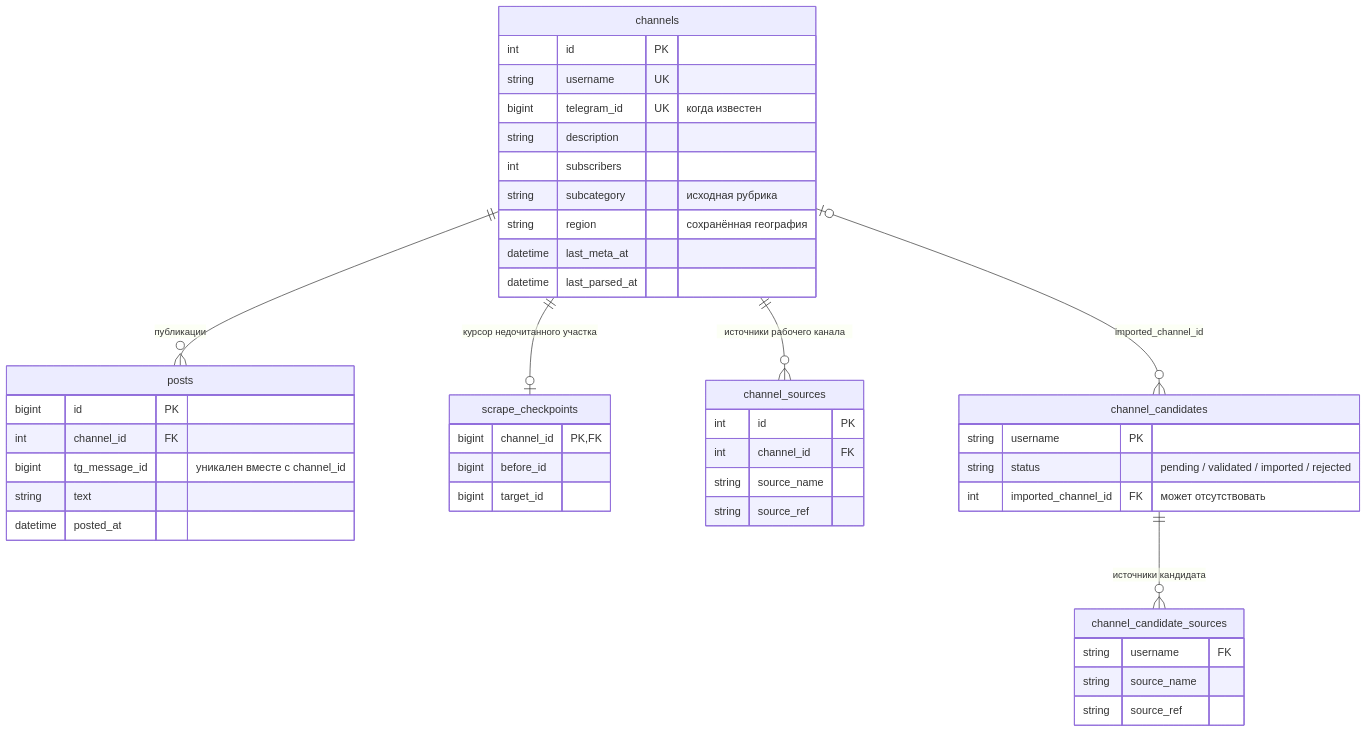
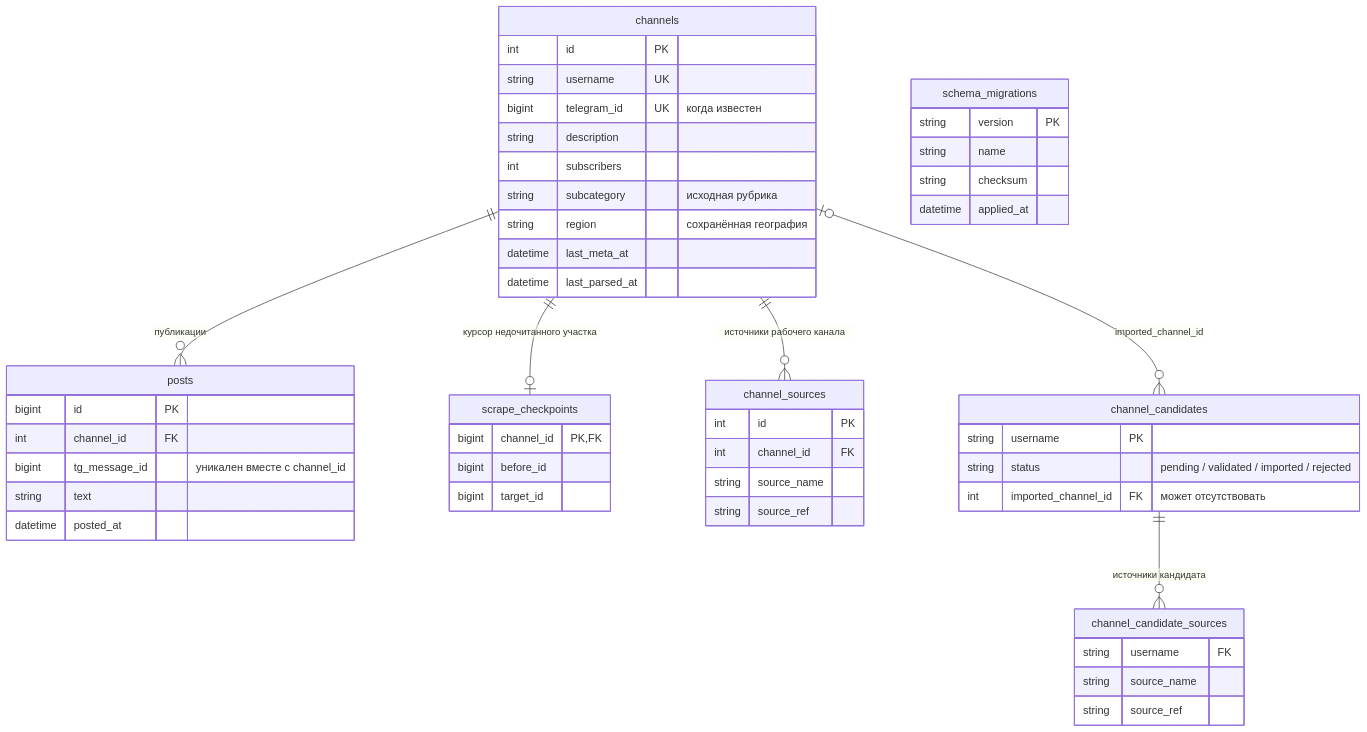
One commit to zEeZja/tgatlas changed the diagram in docs/architecture/07-storage.mmd. Above: the diagram before and after it, drawn with Mermaid. The commit also changed 32 other files, not shown here.

```diff
--- a/docs/architecture/07-storage.mmd
+++ b/docs/architecture/07-storage.mmd
@@ -1,45 +1,52 @@
 erDiagram
     channels ||--o{ posts : "публикации"
     channels ||--o| scrape_checkpoints : "курсор недочитанного участка"
     channels ||--o{ channel_sources : "источники рабочего канала"
     channels o|--o{ channel_candidates : "imported_channel_id"
     channel_candidates ||--o{ channel_candidate_sources : "источники кандидата"
     channels {
         int id PK
         string username UK
         bigint telegram_id UK "когда известен"
         string description
         int subscribers
         string subcategory "исходная рубрика"
         string region "сохранённая география"
         datetime last_meta_at
         datetime last_parsed_at
     }
     posts {
         bigint id PK
         int channel_id FK
         bigint tg_message_id "уникален вместе с channel_id"
         string text
         datetime posted_at
     }
     scrape_checkpoints {
         bigint channel_id PK,FK
         bigint before_id
         bigint target_id
     }
     channel_candidates {
         string username PK
         string status "pending / validated / imported / rejected"
         int imported_channel_id FK "может отсутствовать"
     }
     channel_candidate_sources {
         string username FK
         string source_name
         string source_ref
     }
     channel_sources {
         int id PK
         int channel_id FK
         string source_name
         string source_ref
     }
+
+    schema_migrations {
+        string version PK
+        string name
+        string checksum
+        datetime applied_at
+    }
```
